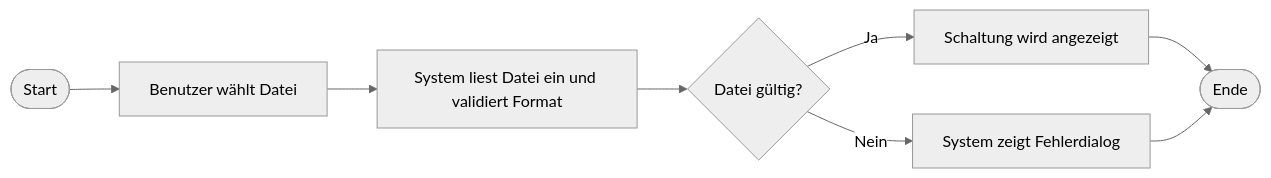
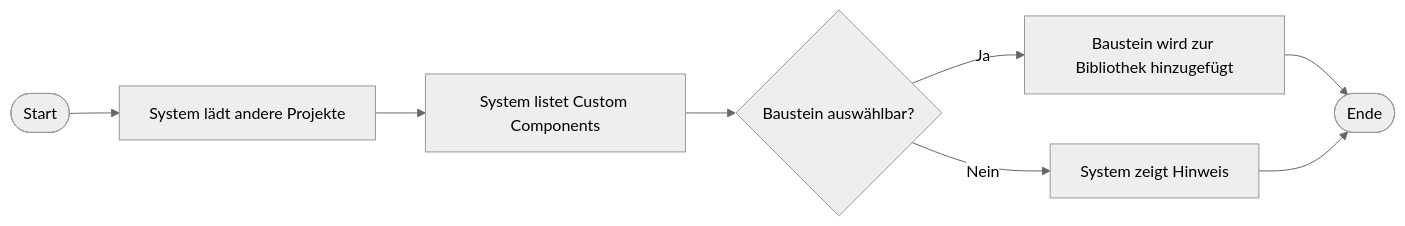
Diagram 17 of 43 in docs/use_cases/software_requirements_specification.md (BitFlow-DHBW/BitFlow), drawn with Mermaid (neutral theme) before and after one commit. The commit also changed other lines of this file and 9 other files, not shown here.

````diff
--- a/docs/use_cases/software_requirements_specification.md
+++ b/docs/use_cases/software_requirements_specification.md
@@ -636,10 +689,10 @@
 ```mermaid
 flowchart LR
-	H1([Start]) --> H2["Benutzer wählt Datei"]
-	H2 --> H3["System liest Datei ein und validiert Format"]
-	H3 --> H4{"Datei gültig?"}
-	H4 -->|Ja| H5["Schaltung wird angezeigt"]
-	H4 -->|Nein| H6["System zeigt Fehlerdialog"]
+	H1([Start]) --> H2["System lädt andere Projekte"]
+	H2 --> H3["System listet Custom Components"]
+	H3 --> H4{"Baustein auswählbar?"}
+	H4 -->|Ja| H5["Baustein wird zur Bibliothek hinzugefügt"]
+	H4 -->|Nein| H6["System zeigt Hinweis"]
 	H5 --> H7([Ende])
 	H6 --> H7
 ```
````
